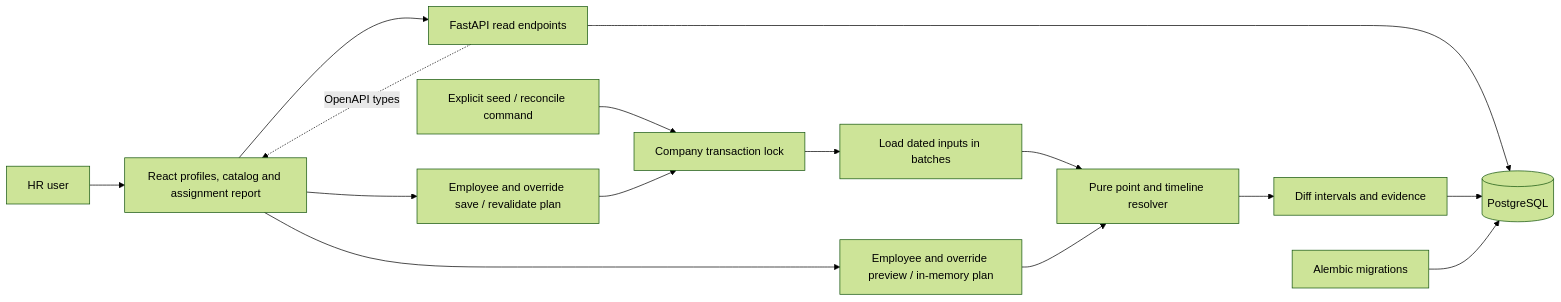
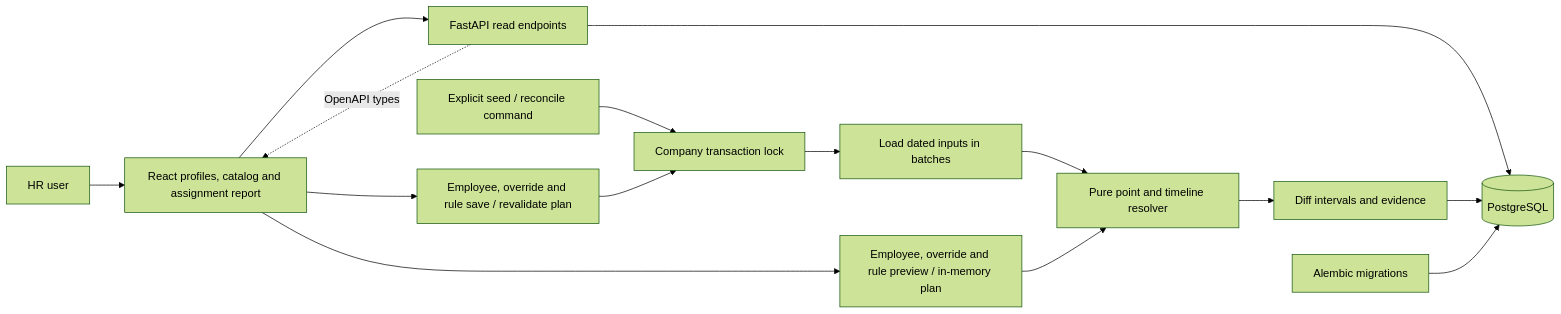
Before and after one commit to yarora21/warping: the first of 2 diagrams in docs/architecture.md, drawn with Mermaid (forest theme). The commit also changed other lines of this file and 36 other files, not shown here.

````diff
--- a/docs/architecture.md
+++ b/docs/architecture.md
@@ -5,17 +5,17 @@
 ```mermaid
 flowchart LR
     HR[HR user] --> UI[React profiles, catalog and assignment report]
     UI --> API[FastAPI read endpoints]
     API --> DB[(PostgreSQL)]
     SEED[Explicit seed / reconcile command] --> LOCK[Company transaction lock]
     LOCK --> LOAD[Load dated inputs in batches]
     LOAD --> RESOLVE[Pure point and timeline resolver]
     RESOLVE --> DIFF[Diff intervals and evidence]
     DIFF --> DB
     MIG[Alembic migrations] --> DB
     API -. OpenAPI types .-> UI
-    UI --> PREVIEW[Employee and override preview / in-memory plan]
+    UI --> PREVIEW[Employee, override and rule preview / in-memory plan]
     PREVIEW --> RESOLVE
-    UI --> SAVE[Employee and override save / revalidate plan]
+    UI --> SAVE[Employee, override and rule save / revalidate plan]
     SAVE --> LOCK
 ```
````
